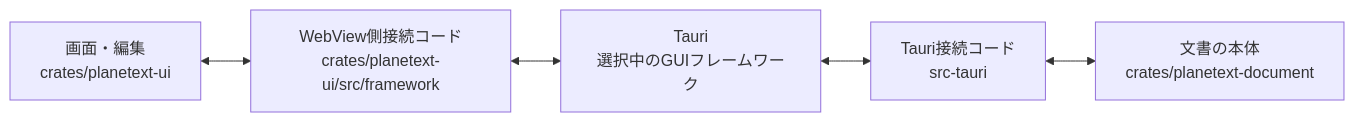
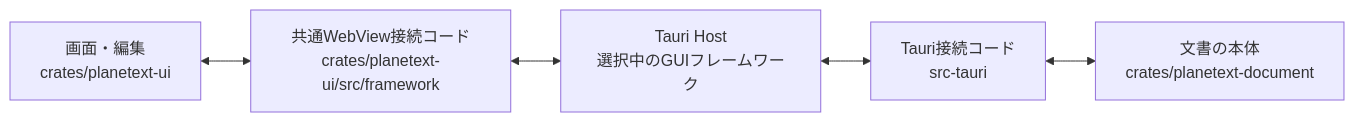
Before and after one commit to Motoyuki-Oya/math-editor: the second of 7 diagrams in docs/architecture.md, drawn with Mermaid. The commit also changed other lines of this file and 7 other files, not shown here.

````diff
--- a/docs/architecture.md
+++ b/docs/architecture.md
@@ -35,13 +36,13 @@
 ```mermaid
 flowchart LR
     UI[画面・編集<br/>crates/planetext-ui]
-    WebConnector[WebView側接続コード<br/>crates/planetext-ui/src/framework]
-    Tauri[Tauri<br/>選択中のGUIフレームワーク]
+    WebConnector[共通WebView接続コード<br/>crates/planetext-ui/src/framework]
+    Tauri[Tauri Host<br/>選択中のGUIフレームワーク]
     TauriConnector[Tauri接続コード<br/>src-tauri]
     Document[文書の本体<br/>crates/planetext-document]
 
     UI <--> WebConnector
     WebConnector <--> Tauri
     Tauri <--> TauriConnector
     TauriConnector <--> Document
 ```
````
